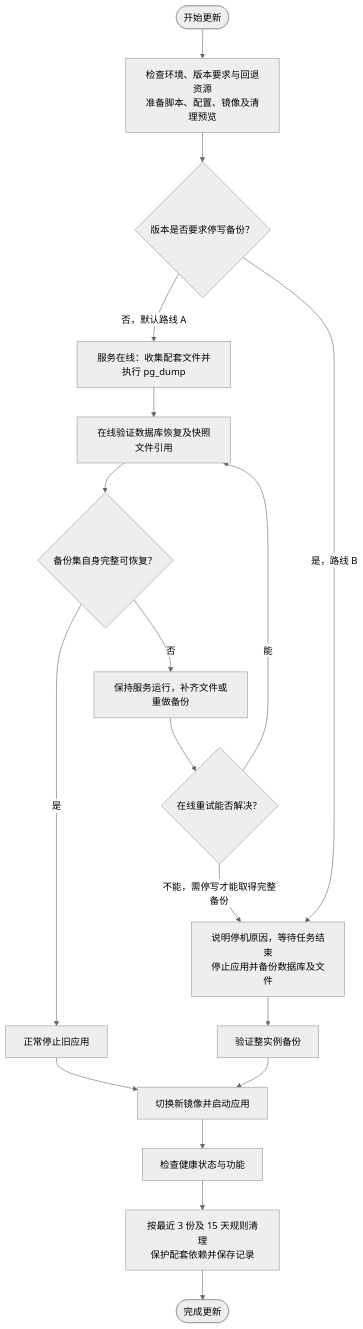
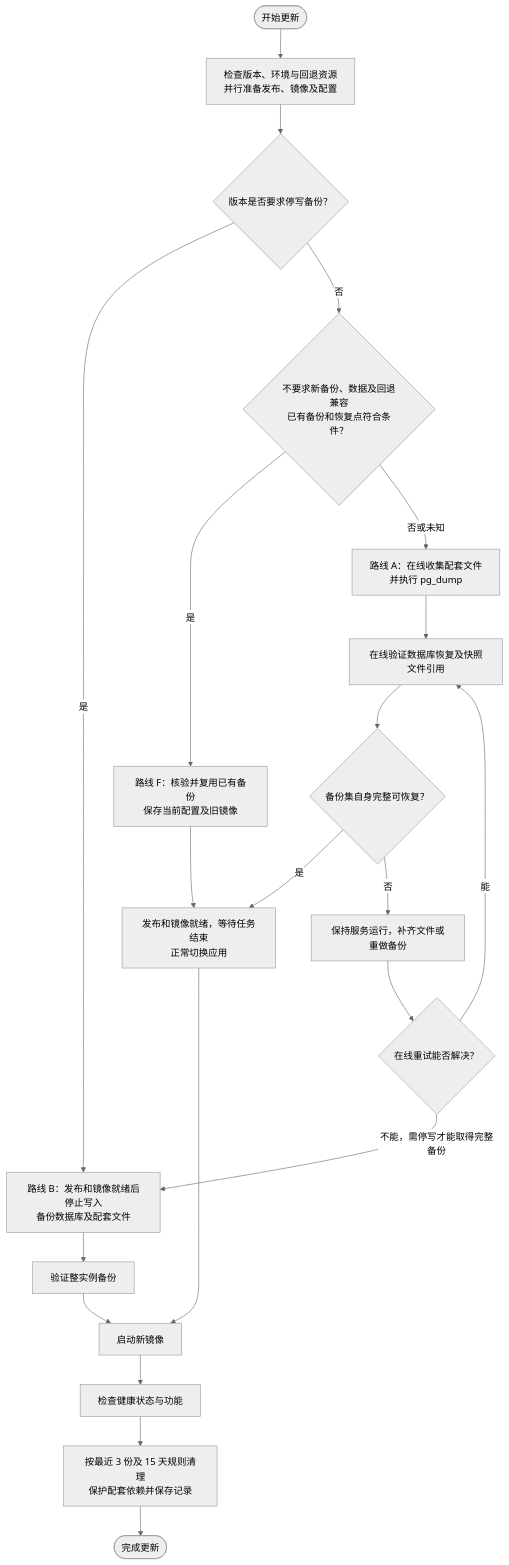
The diagram in doc/运维操作手册.md (shigella520/BubblePilot), drawn with Mermaid (neutral theme) before and after one commit. The commit also changed other lines of this file and 18 other files, not shown here.

````diff
--- a/doc/运维操作手册.md
+++ b/doc/运维操作手册.md
@@ -72,20 +88,23 @@
 ```mermaid
 flowchart TD
-    START([开始更新]) --> CHECK[检查环境、版本要求与回退资源<br/>准备脚本、配置、镜像及清理预览]
+    START([开始更新]) --> CHECK[检查版本、环境与回退资源<br/>并行准备发布、镜像及配置]
     CHECK --> DECIDE{版本是否要求停写备份？}
-    DECIDE -->|否，默认路线 A| A[服务在线：收集配套文件并执行 pg_dump]
-    DECIDE -->|是，路线 B| B[说明停机原因，等待任务结束<br/>停止应用并备份数据库及文件]
+    DECIDE -->|是| B[路线 B：发布和镜像就绪后停止写入<br/>备份数据库及配套文件]
+    DECIDE -->|否| FAST{不要求新备份、数据及回退兼容<br/>已有备份和恢复点符合条件？}
+    FAST -->|是| F[路线 F：核验并复用已有备份<br/>保存当前配置及旧镜像]
+    FAST -->|否或未知| A[路线 A：在线收集配套文件<br/>并执行 pg_dump]
     A --> VERIFY[在线验证数据库恢复及快照文件引用]
     VERIFY --> VALID{备份集自身完整可恢复？}
-    VALID -->|是| STOP[正常停止旧应用]
+    VALID -->|是| READY[发布和镜像就绪，等待任务结束<br/>正常切换应用]
     VALID -->|否| FIX[保持服务运行，补齐文件或重做备份]
     FIX --> RETRY{在线重试能否解决？}
     RETRY -->|能| VERIFY
     RETRY -->|不能，需停写才能取得完整备份| B
     B --> BV[验证整实例备份]
-    BV --> UPDATE[切换新镜像并启动应用]
-    STOP --> UPDATE
+    F --> READY
+    READY --> UPDATE[启动新镜像]
+    BV --> UPDATE
     UPDATE --> ACCEPT[检查健康状态与功能]
     ACCEPT --> CLEAN[按最近 3 份及 15 天规则清理<br/>保护配套依赖并保存记录]
     CLEAN --> END([完成更新])
 ```
````
